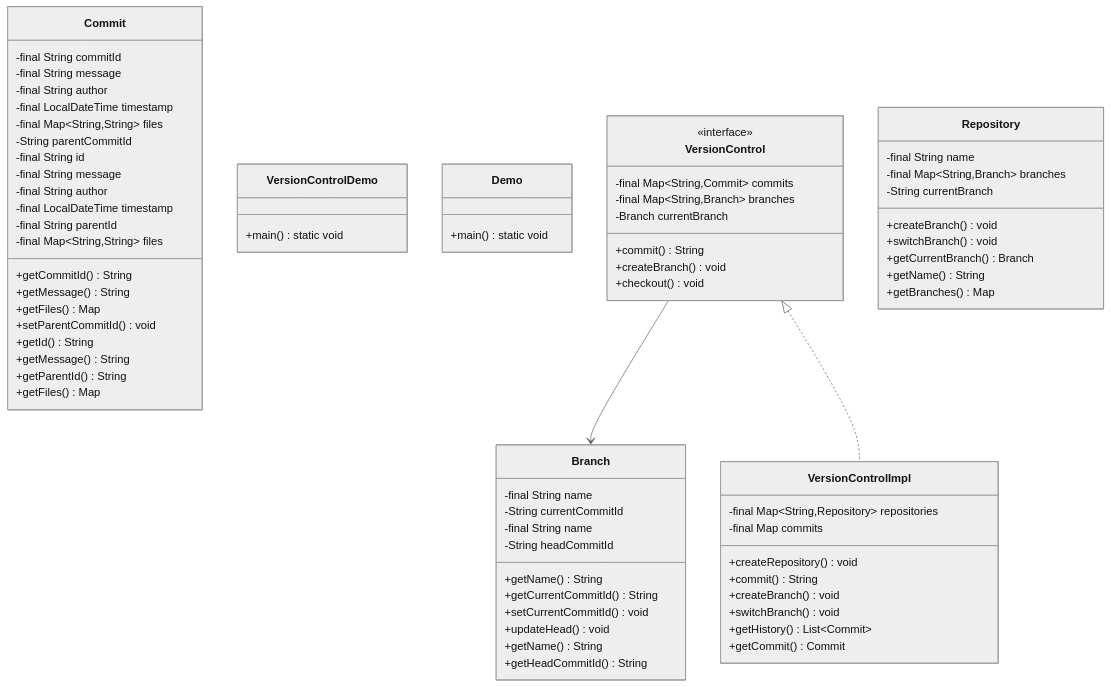
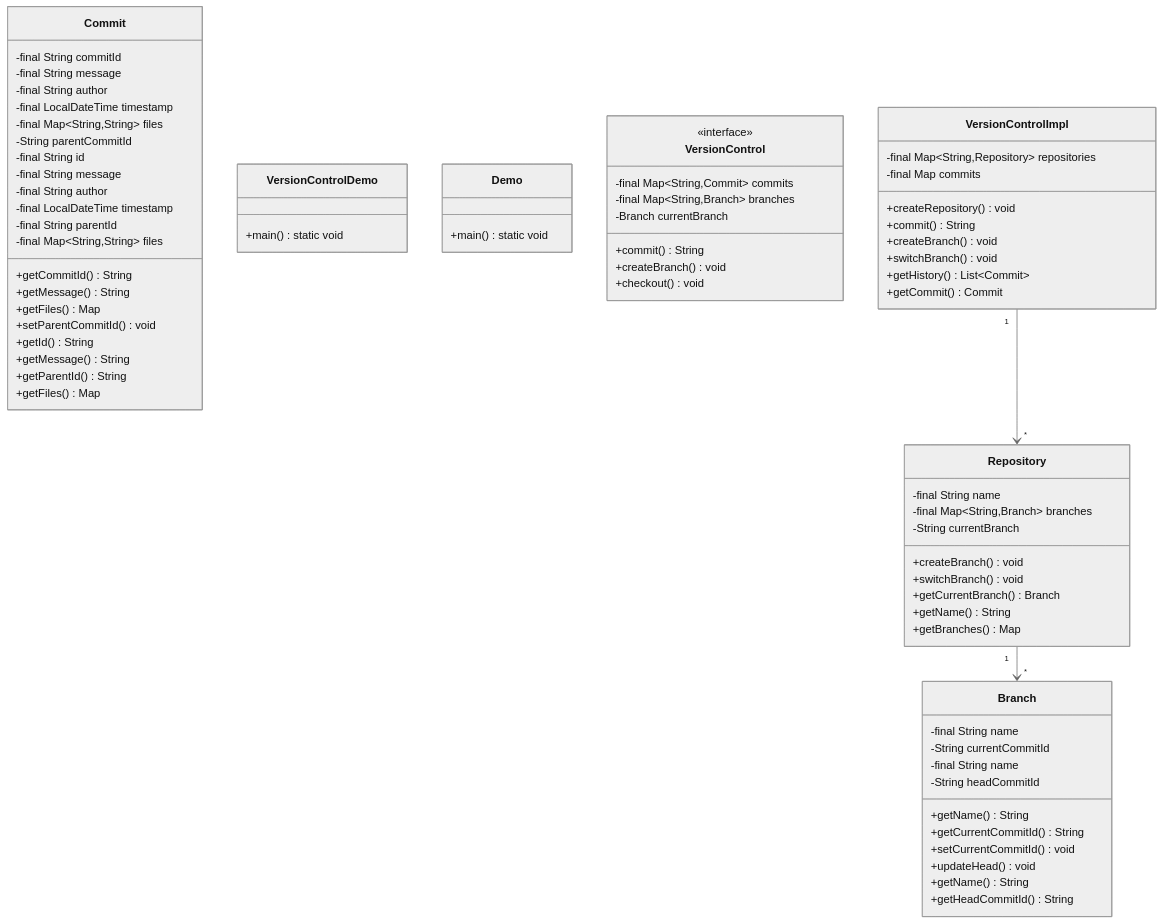
The diagram in docs/problems/versioncontrol/README.md (dlkr18/lld-playbook), drawn with Mermaid (neutral theme) before and after one commit. The commit also changed 119 other files, not shown here.

First line of the commit message:
feat: add comprehensive relationships to all class diagrams

````diff
--- a/docs/problems/versioncontrol/README.md
+++ b/docs/problems/versioncontrol/README.md
@@ -165,6 +165,6 @@
     class VersionControl
     <<interface>> VersionControl
 
-    VersionControl --> Branch
-    VersionControl <|.. VersionControlImpl
+    VersionControlImpl "1" --> "*" Repository
+    Repository "1" --> "*" Branch
 ```
````
